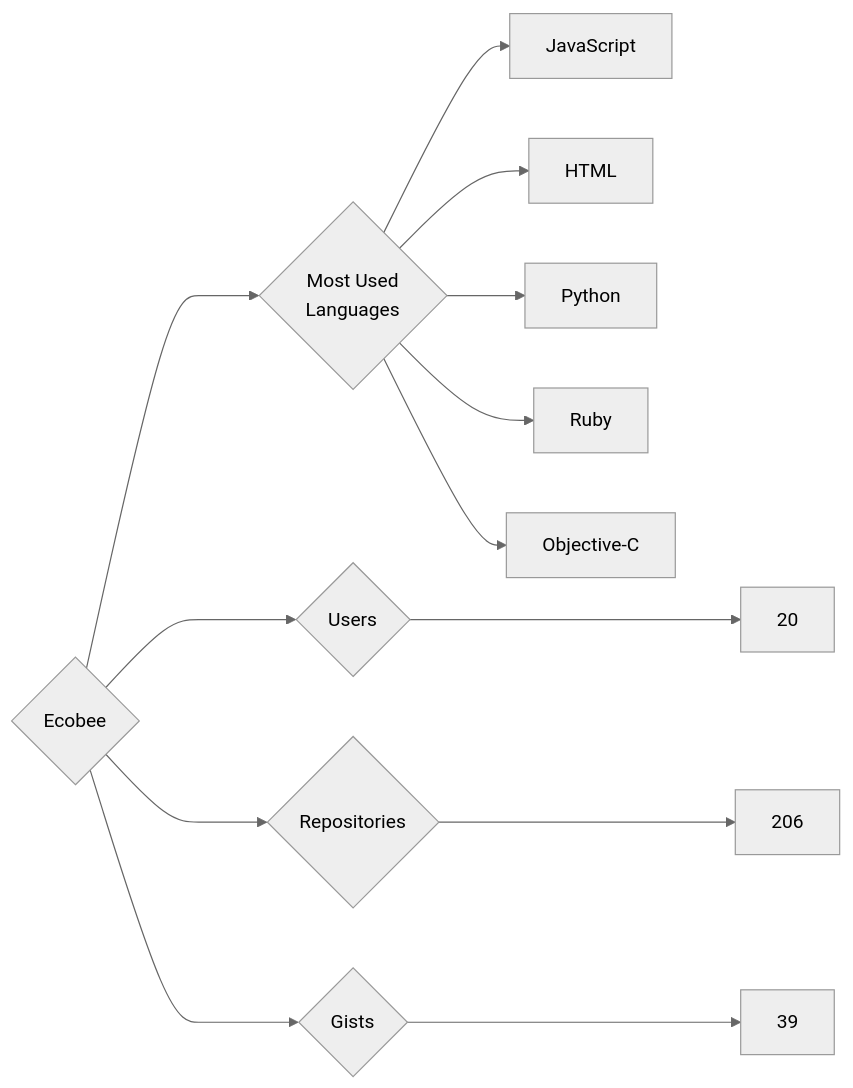
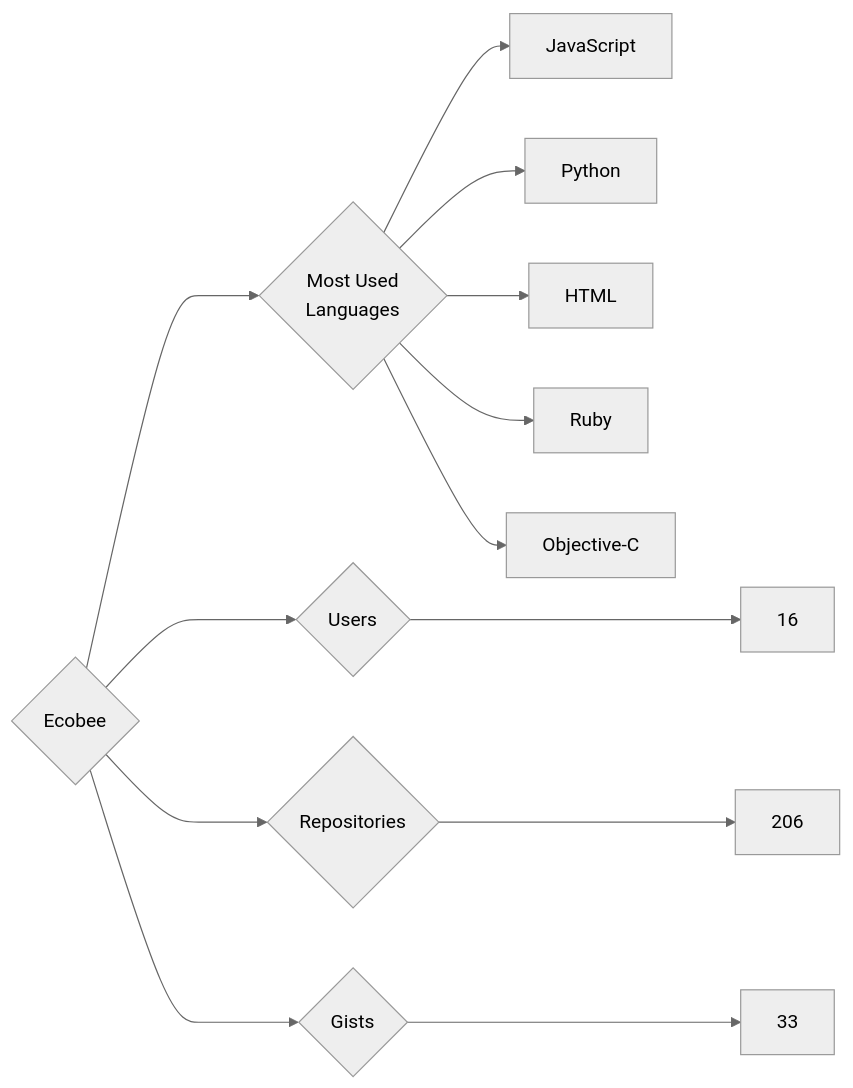
Before and after one commit to trickest/insiders: the diagram in targets/Ecobee/README.md, drawn with Mermaid (neutral theme). The commit also changed 900 other files, not shown here.

````diff
--- a/targets/Ecobee/README.md
+++ b/targets/Ecobee/README.md
@@ -3,13 +3,13 @@
 ```mermaid
 graph LR
 COMPANY_NAME{Ecobee}
-COMPANY_NAME ---> U{Users} ---> UN[20]
+COMPANY_NAME ---> U{Users} ---> UN[16]
 COMPANY_NAME ---> R{Repositories} ---> RN[206]
-COMPANY_NAME ---> G{Gists} ---> GN[39]
+COMPANY_NAME ---> G{Gists} ---> GN[33]
 COMPANY_NAME ---> ML{Most Used<br>Languages}
 ML --> JavaScript[JavaScript]
+ML --> Python[Python]
 ML --> HTML[HTML]
-ML --> Python[Python]
 ML --> Ruby[Ruby]
 ML --> Objective-C[Objective-C]
 ```
````
